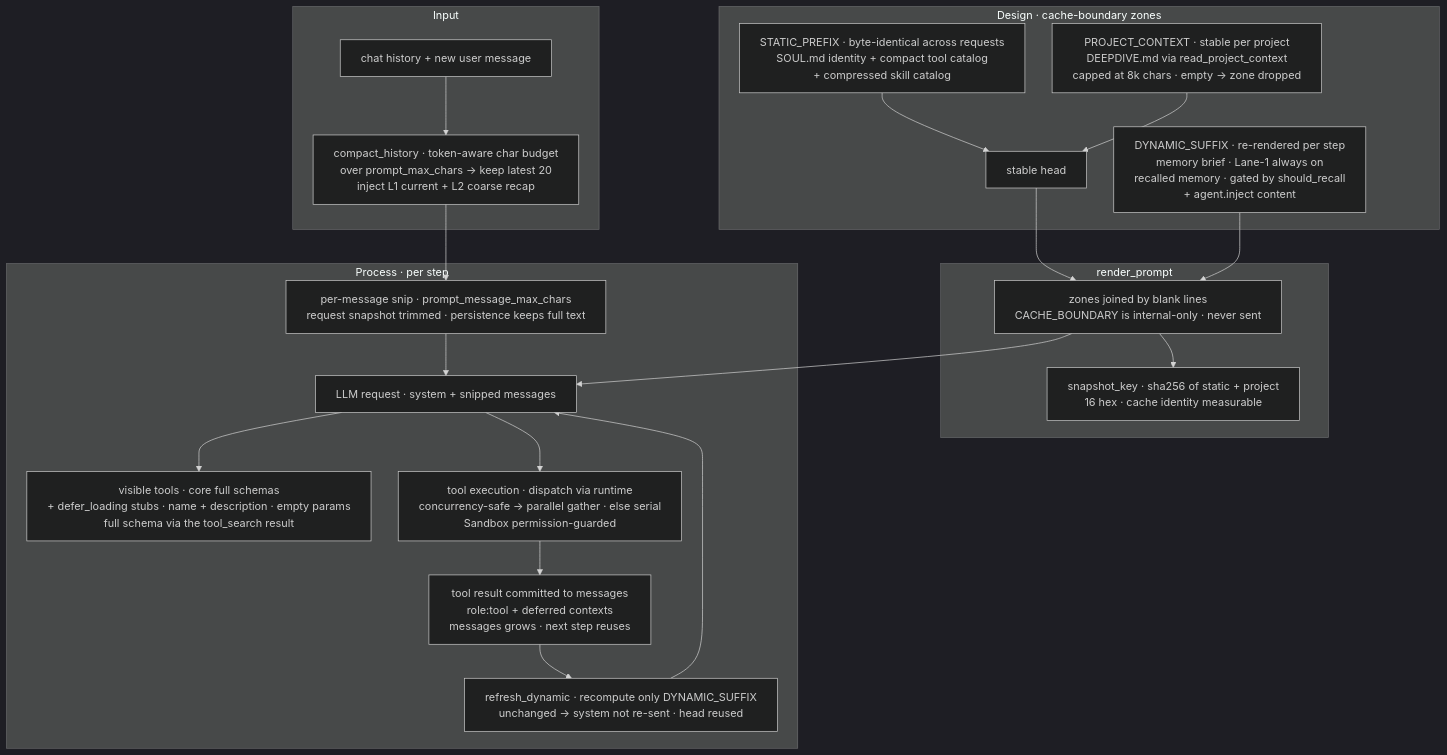
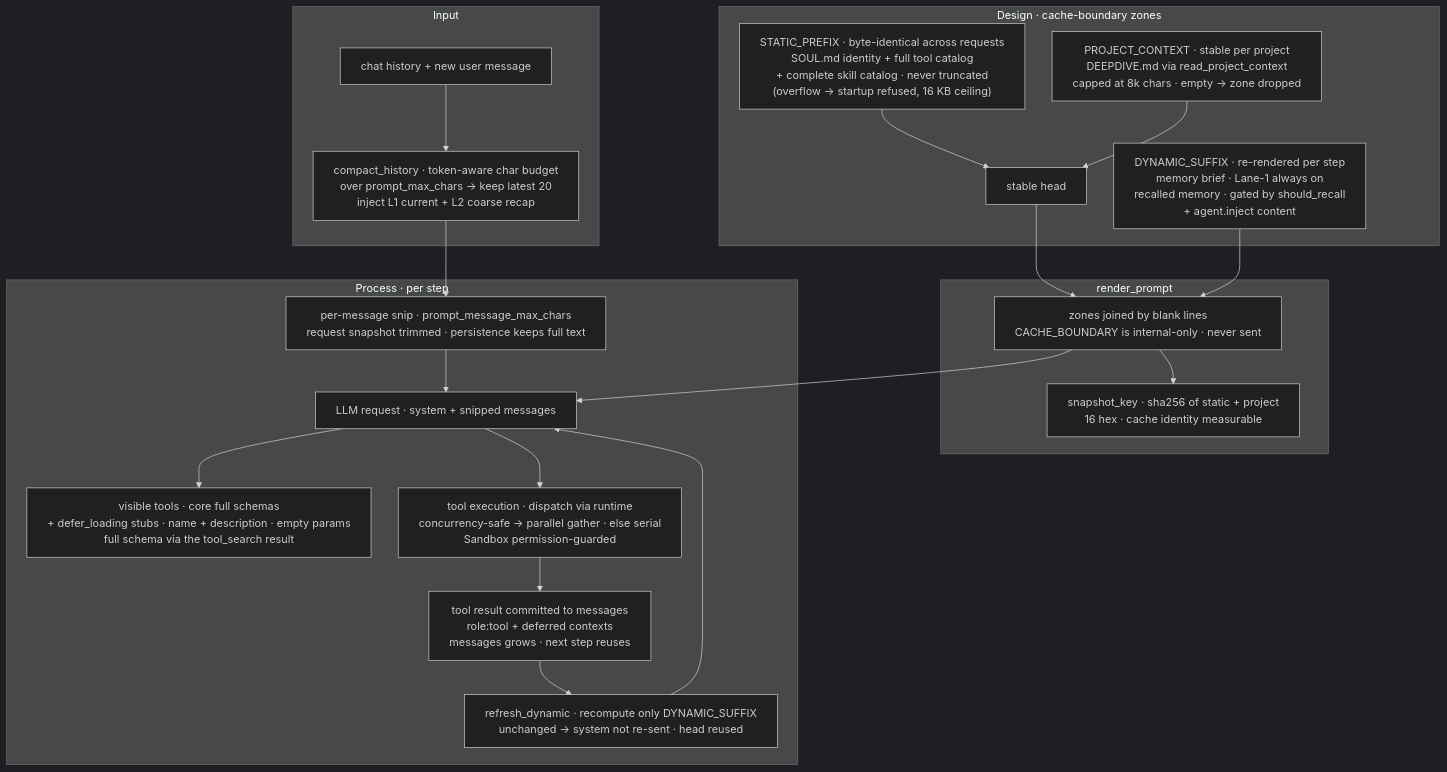
One commit to Eric-LLMs/DeepDive changed the fourth of 5 diagrams in docs/architecture-diagrams.md. Above: the diagram before and after it, drawn with Mermaid (dark theme). The commit also changed 16 other files, not shown here.

First line of the commit message:
feat(research): one-click Run + live Activity, full catalog capacity guard, keyless aggregate search

````diff
--- a/docs/architecture-diagrams.md
+++ b/docs/architecture-diagrams.md
@@ -151,44 +151,44 @@
 ```mermaid
 %%{init: {"flowchart": {"wrappingWidth": 500, "nodeSpacing": 40, "rankSpacing": 50}}}%%
 flowchart TB
     %% Prompt module: cache-boundary assembly + compression + deferred tool stubs.
     %% Invariants: the CACHE_BOUNDARY separator is internal-only and never rendered; the stable
     %% head (STATIC_PREFIX + PROJECT_CONTEXT) is byte-identical so the provider prefix cache is
     %% reused; only the DYNAMIC_SUFFIX re-renders per step and is skipped when unchanged; the
     %% per-message snip trims the request snapshot only, keeping the persistence copy raw; mounted
     %% tools appear as stable defer_loading stubs, with the full schema riding in the tool_search
     %% result.
 
     subgraph input["Input"]
         HIST["chat history + new user message"]
         AUTO["compact_history · token-aware char budget<br/>over prompt_max_chars → keep latest 20<br/>inject L1 current + L2 coarse recap"]
         HIST --> AUTO
     end
 
     subgraph zones["Design · cache-boundary zones"]
-        SP["STATIC_PREFIX · byte-identical across requests<br/>SOUL.md identity + compact tool catalog<br/>+ compressed skill catalog"]
+        SP["STATIC_PREFIX · byte-identical across requests<br/>SOUL.md identity + full tool catalog<br/>+ complete skill catalog · never truncated<br/>(overflow → startup refused, 16 KB ceiling)"]
         PC["PROJECT_CONTEXT · stable per project<br/>DEEPDIVE.md via read_project_context<br/>capped at 8k chars · empty → zone dropped"]
         DS["DYNAMIC_SUFFIX · re-rendered per step<br/>memory brief · Lane-1 always on<br/>recalled memory · gated by should_recall<br/>+ agent.inject content"]
         SP --> HEAD["stable head"]
         PC --> HEAD
     end
 
     subgraph render["render_prompt"]
         HEAD --> RENDER
         DS --> RENDER
         RENDER["zones joined by blank lines<br/>CACHE_BOUNDARY is internal-only · never sent"]
         RENDER --> KEY["snapshot_key · sha256 of static + project<br/>16 hex · cache identity measurable"]
     end
 
     subgraph perstep["Process · per step"]
         SNIP["per-message snip · prompt_message_max_chars<br/>request snapshot trimmed · persistence keeps full text"]
         AUTO --> SNIP
         SNIP --> REQ["LLM request · system + snipped messages"]
         REQ --> TOOLS["visible tools · core full schemas<br/>+ defer_loading stubs · name + description · empty params<br/>full schema via the tool_search result"]
         REQ --> EXEC["tool execution · dispatch via runtime<br/>concurrency-safe → parallel gather · else serial<br/>Sandbox permission-guarded"]
         EXEC --> COMMIT["tool result committed to messages<br/>role:tool + deferred contexts<br/>messages grows · next step reuses"]
         COMMIT --> REFRESH["refresh_dynamic · recompute only DYNAMIC_SUFFIX<br/>unchanged → system not re-sent · head reused"]
         REFRESH --> REQ
         RENDER --> REQ
     end
 ```
````
